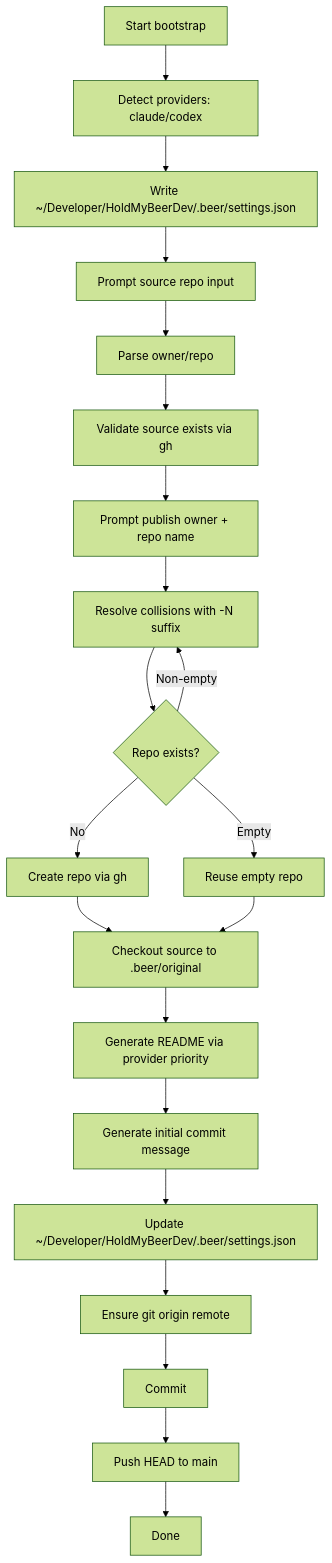
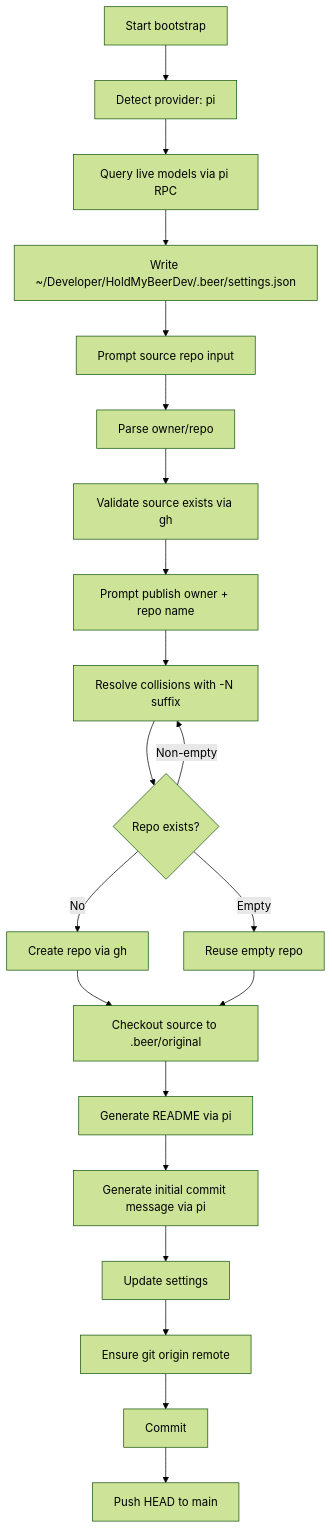
One commit to ex3ndr/holdmybeer changed the diagram in doc/bootstrap-flow.md. Above: the diagram before and after it, drawn with Mermaid (forest theme). The commit also changed other lines of this file and 11 other files, not shown here.

Commit message:
docs(provider): remove legacy claude codex references

````diff
--- a/doc/bootstrap-flow.md
+++ b/doc/bootstrap-flow.md
@@ -7,23 +7,23 @@
 ```mermaid
 flowchart TD
-  A[Start bootstrap] --> B[Detect providers: claude/codex]
-  B --> C[Write ~/Developer/HoldMyBeerDev/.beer/settings.json]
-  C --> D[Prompt source repo input]
-  D --> E[Parse owner/repo]
-  E --> F[Validate source exists via gh]
-  F --> G[Prompt publish owner + repo name]
-  G --> H[Resolve collisions with -N suffix]
-  H --> I{Repo exists?}
-  I -->|No| J[Create repo via gh]
-  I -->|Empty| K[Reuse empty repo]
-  I -->|Non-empty| H
-  J --> L[Checkout source to .beer/original]
-  K --> L
-  L --> M[Generate README via provider priority]
-  M --> N[Generate initial commit message]
-  N --> O[Update ~/Developer/HoldMyBeerDev/.beer/settings.json]
-  O --> P[Ensure git origin remote]
-  P --> Q[Commit]
-  Q --> R[Push HEAD to main]
-  R --> S[Done]
+  A[Start bootstrap] --> B[Detect provider: pi]
+  B --> C[Query live models via pi RPC]
+  C --> D[Write ~/Developer/HoldMyBeerDev/.beer/settings.json]
+  D --> E[Prompt source repo input]
+  E --> F[Parse owner/repo]
+  F --> G[Validate source exists via gh]
+  G --> H[Prompt publish owner + repo name]
+  H --> I[Resolve collisions with -N suffix]
+  I --> J{Repo exists?}
+  J -->|No| K[Create repo via gh]
+  J -->|Empty| L[Reuse empty repo]
+  J -->|Non-empty| I
+  K --> M[Checkout source to .beer/original]
+  L --> M
+  M --> N[Generate README via pi]
+  N --> O[Generate initial commit message via pi]
+  O --> P[Update settings]
+  P --> Q[Ensure git origin remote]
+  Q --> R[Commit]
+  R --> S[Push HEAD to main]
 ```
````
